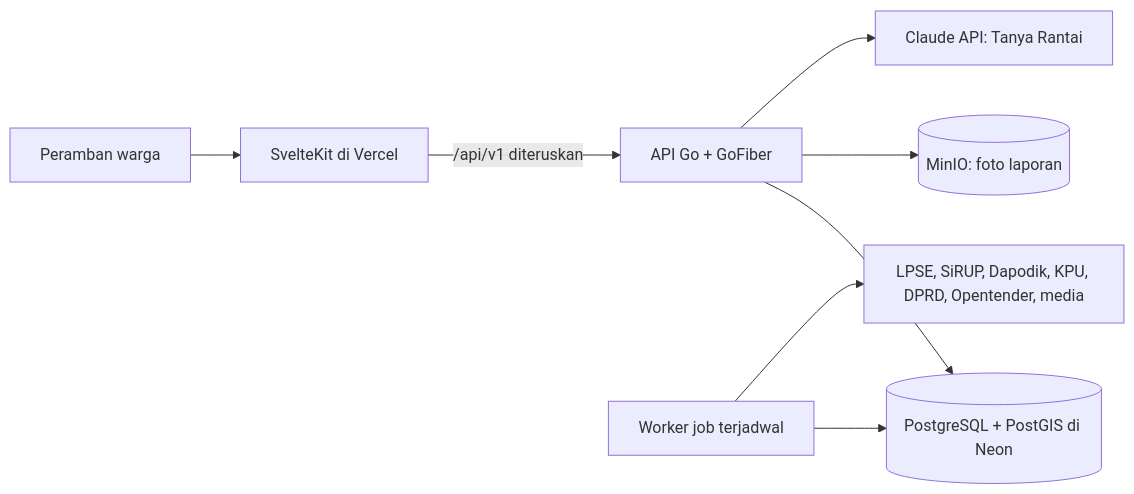
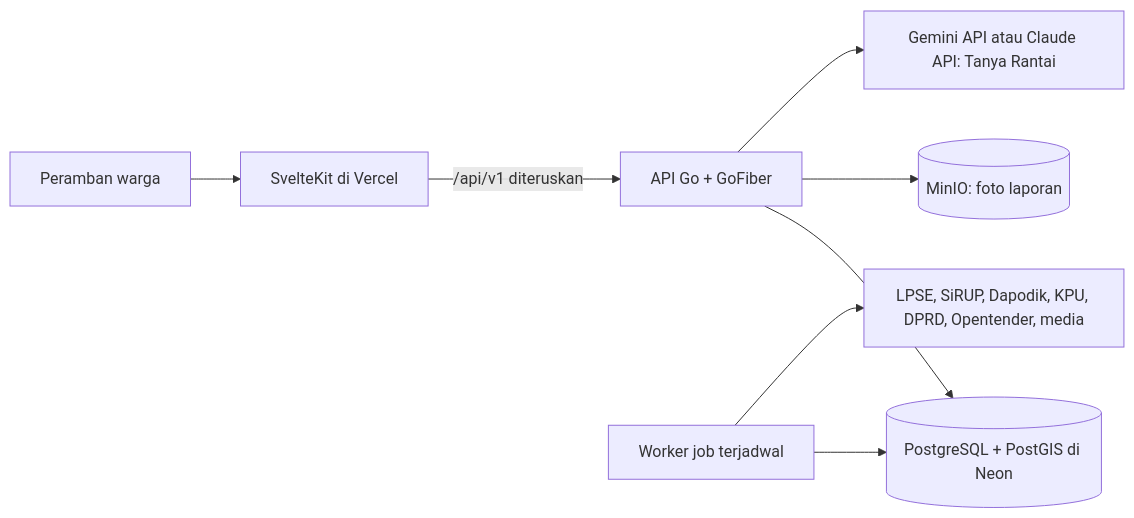
The diagram in README.md (benditandayusaputra/rantai), drawn with Mermaid before and after one commit. The commit also changed other lines of this file and 7 other files, not shown here.

First line of the commit message:
✨ Tambah penyedia Gemini untuk Tanya Rantai

````diff
--- a/README.md
+++ b/README.md
@@ -32,10 +32,10 @@
 ```mermaid
 flowchart LR
   W[Peramban warga] --> F[SvelteKit di Vercel]
   F -- "/api/v1 diteruskan" --> A[API Go + GoFiber]
   A --> D[(PostgreSQL + PostGIS di Neon)]
   A --> M[(MinIO: foto laporan)]
-  A --> L[Claude API: Tanya Rantai]
+  A --> L[Gemini API atau Claude API: Tanya Rantai]
   J[Worker job terjadwal] --> D
   J --> S[LPSE, SiRUP, Dapodik, KPU, DPRD, Opentender, media]
 ```
````
